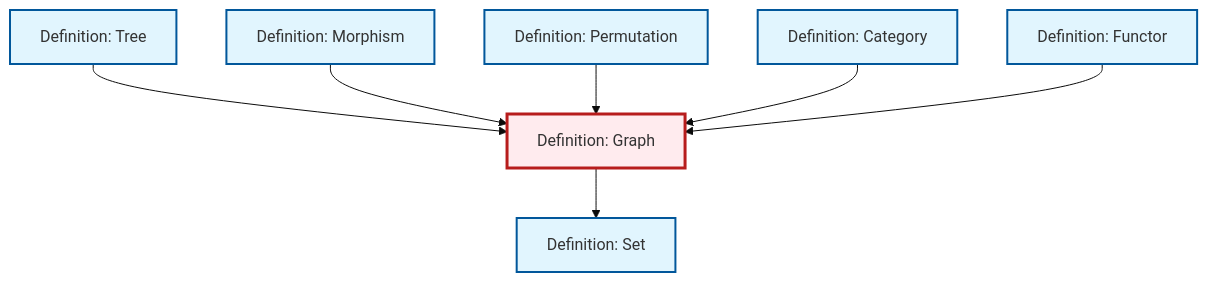
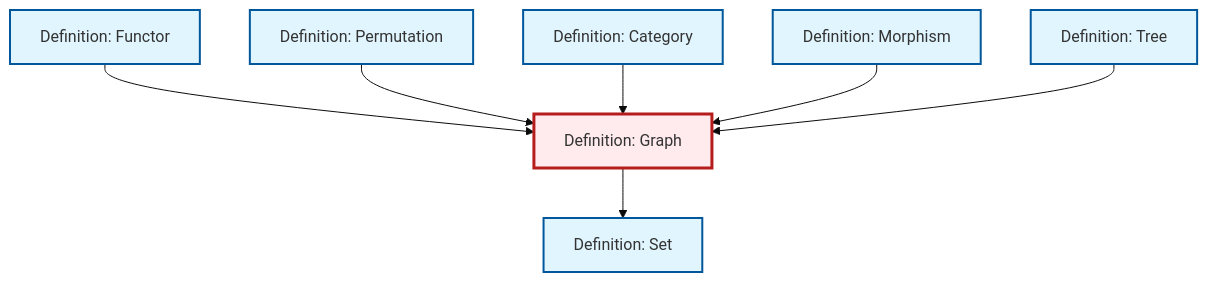
The diagram in content/en/combinatorics/def-graph.qmd (RK0429/ModernMath), drawn with Mermaid (base theme) before and after one commit. The commit also changed other lines of this file and 474 other files, not shown here.

````diff
--- a/content/en/combinatorics/def-graph.qmd
+++ b/content/en/combinatorics/def-graph.qmd
@@ -90,29 +90,29 @@
 ```{mermaid}
 %%| fig-cap: "Local dependency graph"
 graph TD
     classDef definition fill:#e1f5fe,stroke:#01579b,stroke-width:2px
     classDef theorem fill:#f3e5f5,stroke:#4a148c,stroke-width:2px
     classDef axiom fill:#fff3e0,stroke:#e65100,stroke-width:2px
     classDef example fill:#e8f5e9,stroke:#1b5e20,stroke-width:2px
     classDef current fill:#ffebee,stroke:#b71c1c,stroke-width:3px
     def-set["Definition: Set"]:::definition
+    def-functor["Definition: Functor"]:::definition
+    def-permutation["Definition: Permutation"]:::definition
+    def-graph["Definition: Graph"]:::definition
+    def-category["Definition: Category"]:::definition
+    def-tree["Definition: Tree"]:::definition
     def-morphism["Definition: Morphism"]:::definition
-    def-category["Definition: Category"]:::definition
-    def-graph["Definition: Graph"]:::definition
-    def-permutation["Definition: Permutation"]:::definition
-    def-functor["Definition: Functor"]:::definition
-    def-tree["Definition: Tree"]:::definition
-    def-tree --> def-graph
-    def-morphism --> def-graph
-    def-graph --> def-set
+    def-functor --> def-graph
     def-permutation --> def-graph
     def-category --> def-graph
-    def-functor --> def-graph
+    def-morphism --> def-graph
+    def-tree --> def-graph
+    def-graph --> def-set
     class def-graph current
     click def-set "def-set.html" "Go to Set definition"
+    click def-functor "def-functor.html" "Go to Functor definition"
+    click def-permutation "def-permutation.html" "Go to Permutation definition"
+    click def-category "def-category.html" "Go to Category definition"
+    click def-tree "def-tree.html" "Go to Tree definition"
     click def-morphism "def-morphism.html" "Go to Morphism definition"
-    click def-category "def-category.html" "Go to Category definition"
-    click def-permutation "def-permutation.html" "Go to Permutation definition"
-    click def-functor "def-functor.html" "Go to Functor definition"
-    click def-tree "def-tree.html" "Go to Tree definition"
 ```
````
